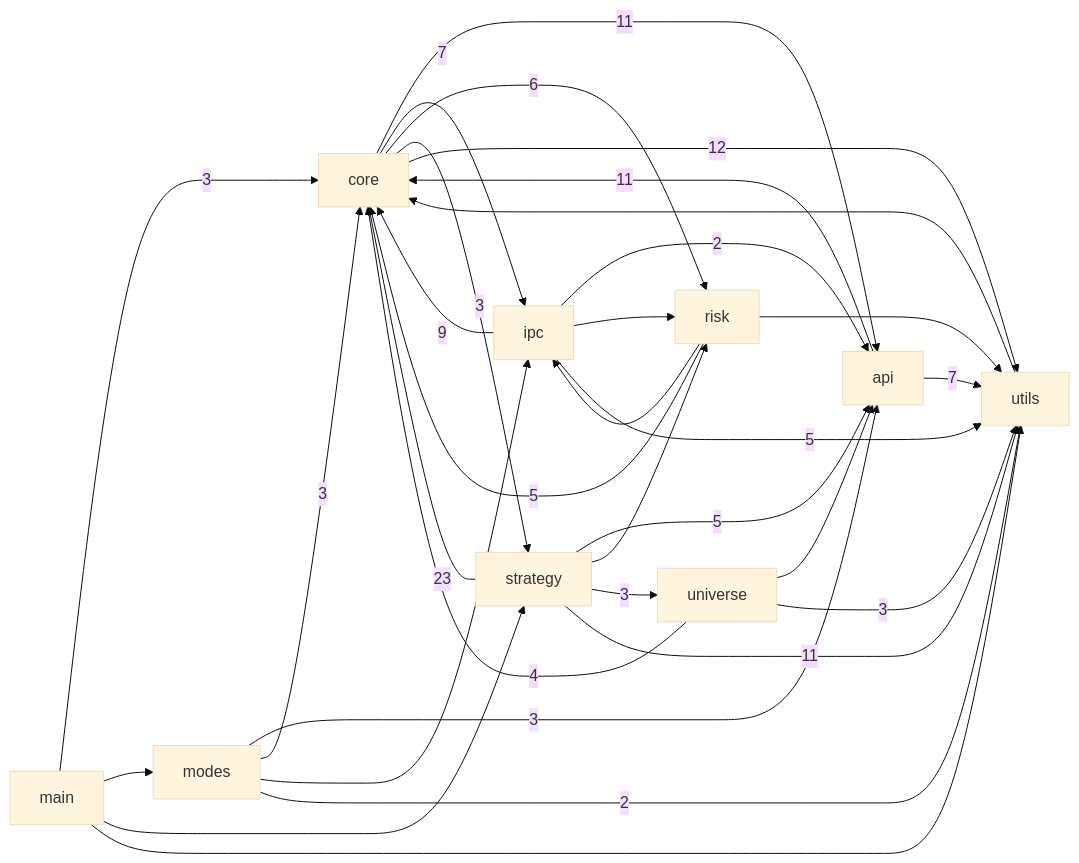
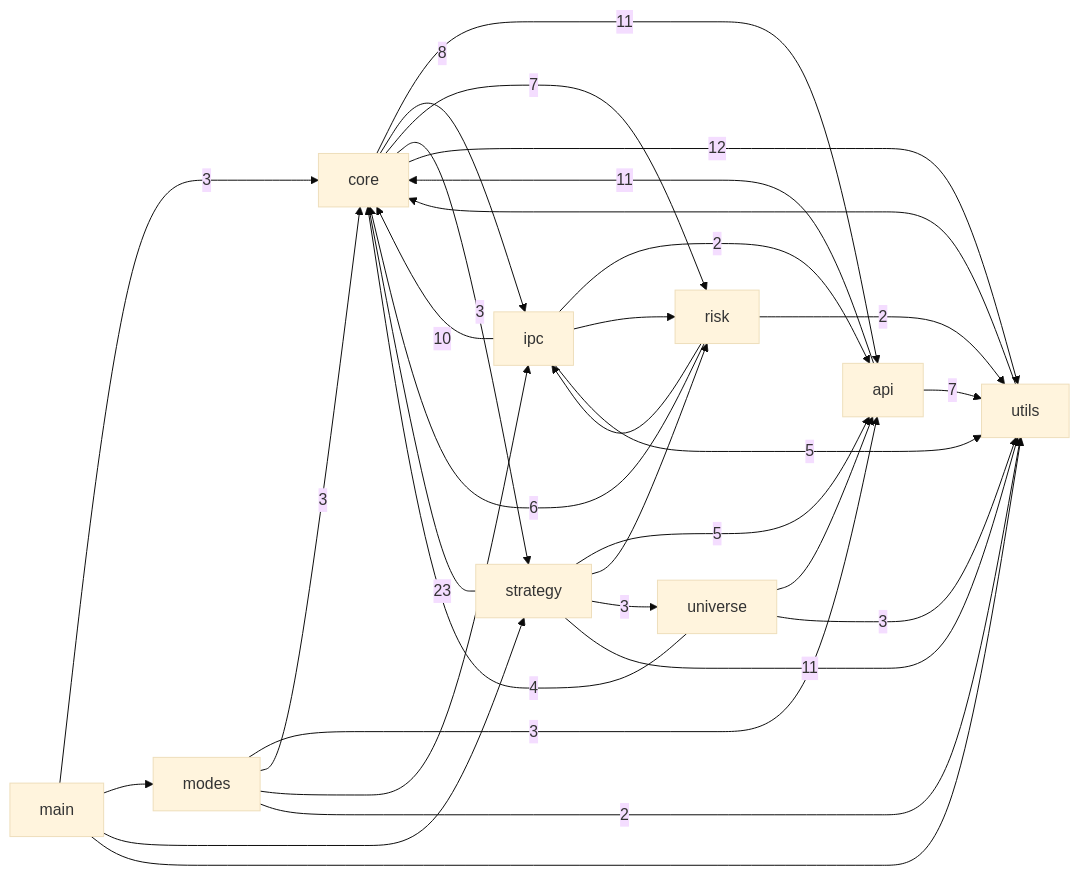
Before and after one commit to pypy8171/Quant: the first of 3 diagrams in docs/CODE_GRAPH.md, drawn with Mermaid (base theme). The commit also changed other lines of this file and 21 other files, not shown here.

````diff
--- a/docs/CODE_GRAPH.md
+++ b/docs/CODE_GRAPH.md
@@ -10,43 +10,43 @@
 ```mermaid
 graph LR
   main[main]
   modes[modes]
   core[core]
   strategy[strategy]
   api[api]
   universe[universe]
   risk[risk]
   ipc[ipc]
   utils[utils]
   api -->|11| core
   api -->|7| utils
   core -->|11| api
-  core -->|7| ipc
-  core -->|6| risk
+  core -->|8| ipc
+  core -->|7| risk
   core -->|3| strategy
   core -->|12| utils
   ipc -->|2| api
-  ipc -->|9| core
+  ipc -->|10| core
   ipc --> risk
   ipc -->|5| utils
   main -->|3| core
   main --> modes
   main --> strategy
   main --> utils
   modes -->|3| api
   modes -->|3| core
   modes --> ipc
   modes -->|2| utils
-  risk -->|5| core
+  risk -->|6| core
   risk --> ipc
-  risk --> utils
+  risk -->|2| utils
   strategy -->|5| api
   strategy -->|23| core
   strategy --> risk
   strategy -->|3| universe
   strategy -->|11| utils
   universe --> api
   universe -->|4| core
   universe -->|3| utils
   utils --> core
 ```
````
